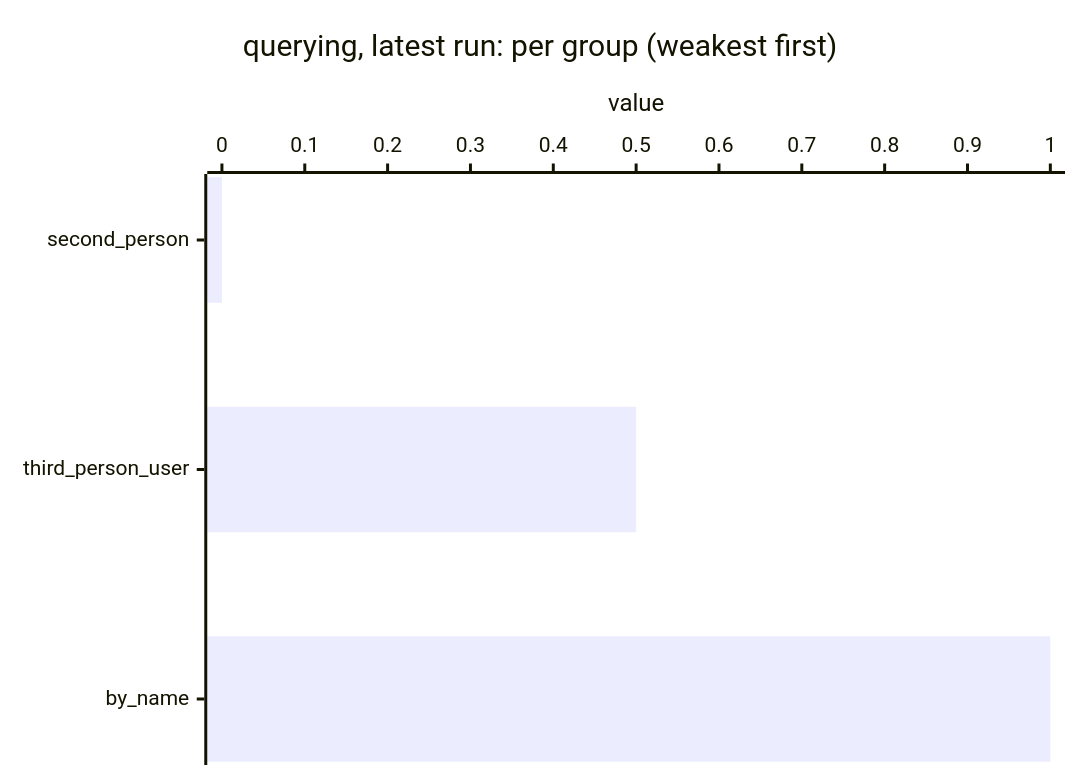
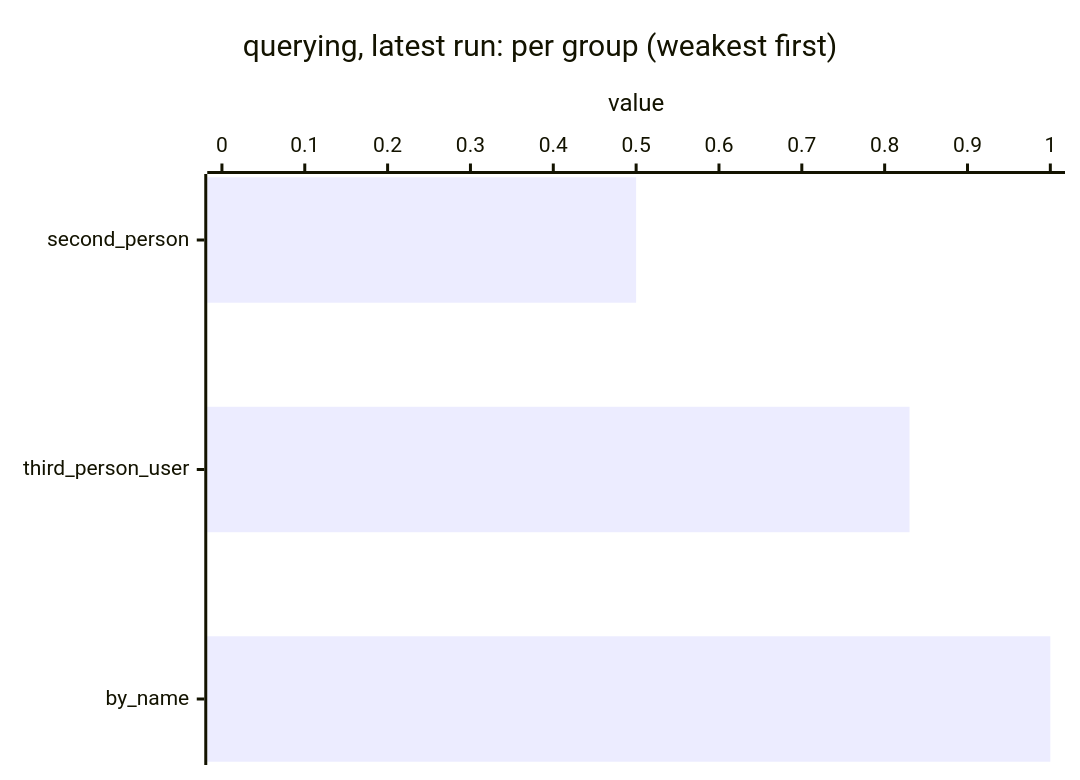
One commit to megagonlabs/blue-data-user-source changed the second of 2 diagrams in lib/tests/benchmarks/querying/results/README.md. Above: the diagram before and after it, drawn with Mermaid. The commit also changed other lines of this file and 5 other files, not shown here.

````diff
--- a/lib/tests/benchmarks/querying/results/README.md
+++ b/lib/tests/benchmarks/querying/results/README.md
@@ -47,7 +47,7 @@
 ```mermaid
 xychart-beta horizontal
     title "querying, latest run: per group (weakest first)"
     x-axis ["second_person", "third_person_user", "by_name"]
     y-axis "value" 0 --> 1
-    bar [0.00, 0.50, 1.00]
+    bar [0.50, 0.83, 1.00]
 ```
````
